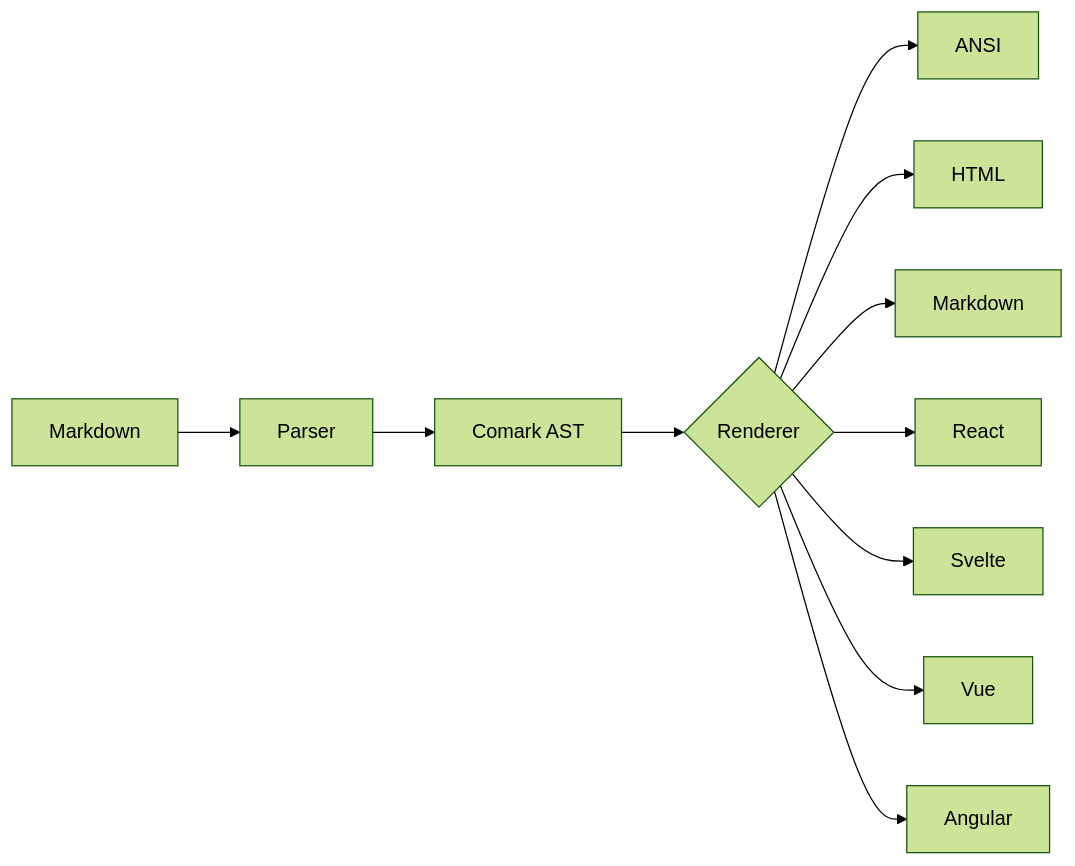
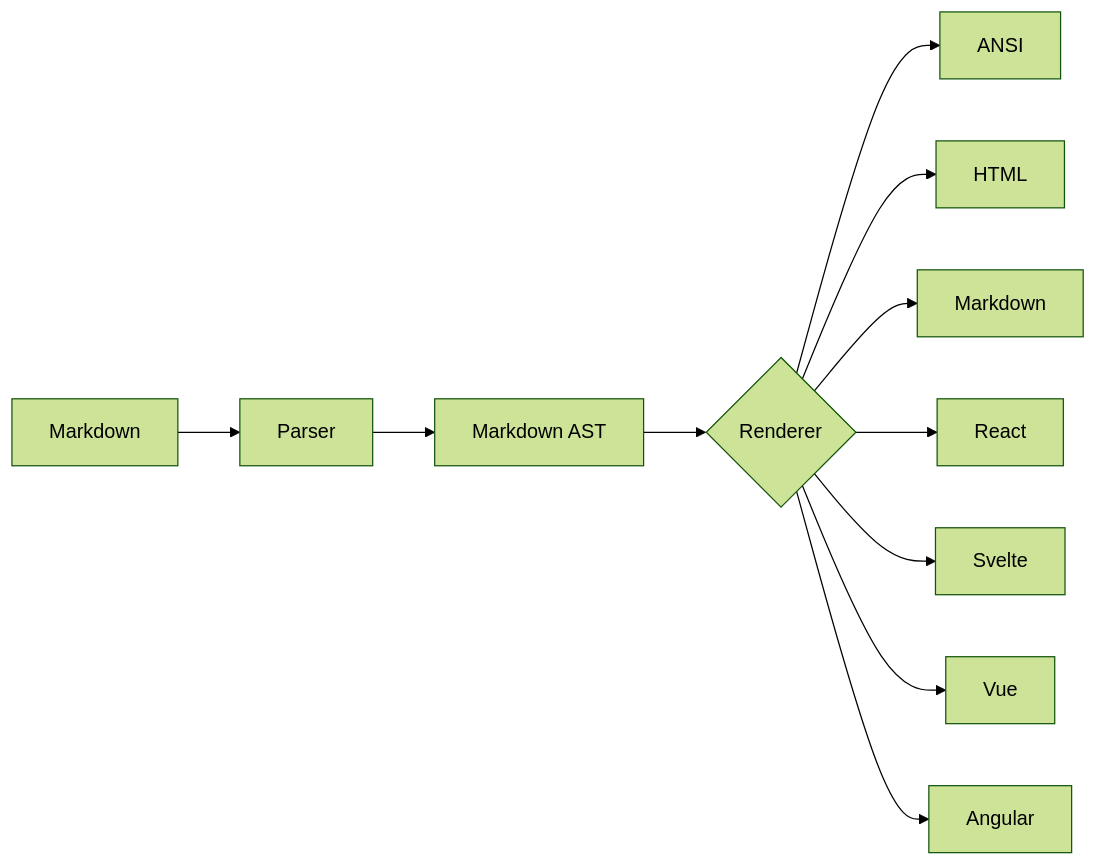
The diagram in docs/content/1.getting-started/0.introduction.md (comarkdown/comark), drawn with Mermaid (forest theme) before and after one commit. The commit also changed other lines of this file and 31 other files, not shown here.

Commit message:
docs: ComarkTree to MarkdownTree

````diff
--- a/docs/content/1.getting-started/0.introduction.md
+++ b/docs/content/1.getting-started/0.introduction.md
@@ -246,13 +246,13 @@
 ```mermaid
 graph LR
     A[Markdown] --> B[Parser]
-    B --> C[Comark AST]
+    B --> C[Markdown AST]
     C --> D{Renderer}
     D --> I[ANSI]
     D --> H[HTML]
     D --> J[Markdown]
     D --> F[React]
     D --> G[Svelte]
     D --> E[Vue]
     D --> K[Angular]
 ```
````
